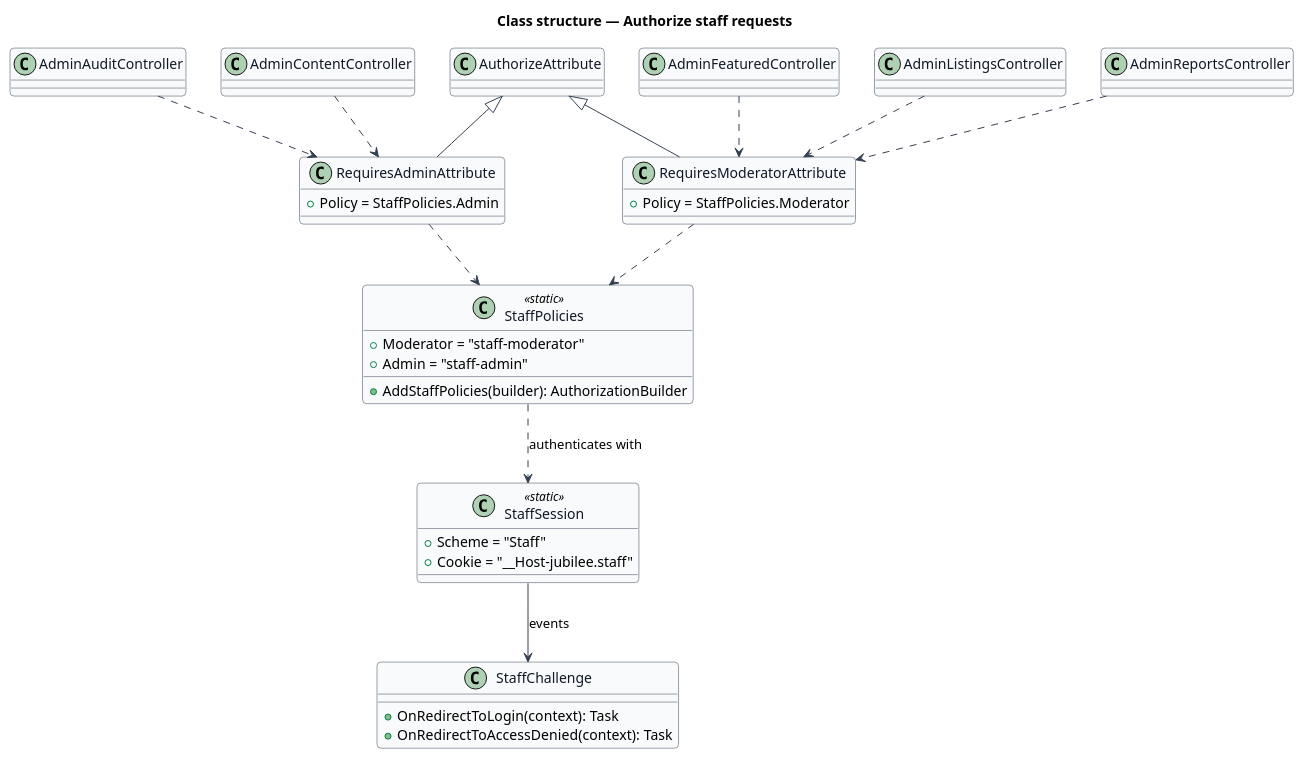
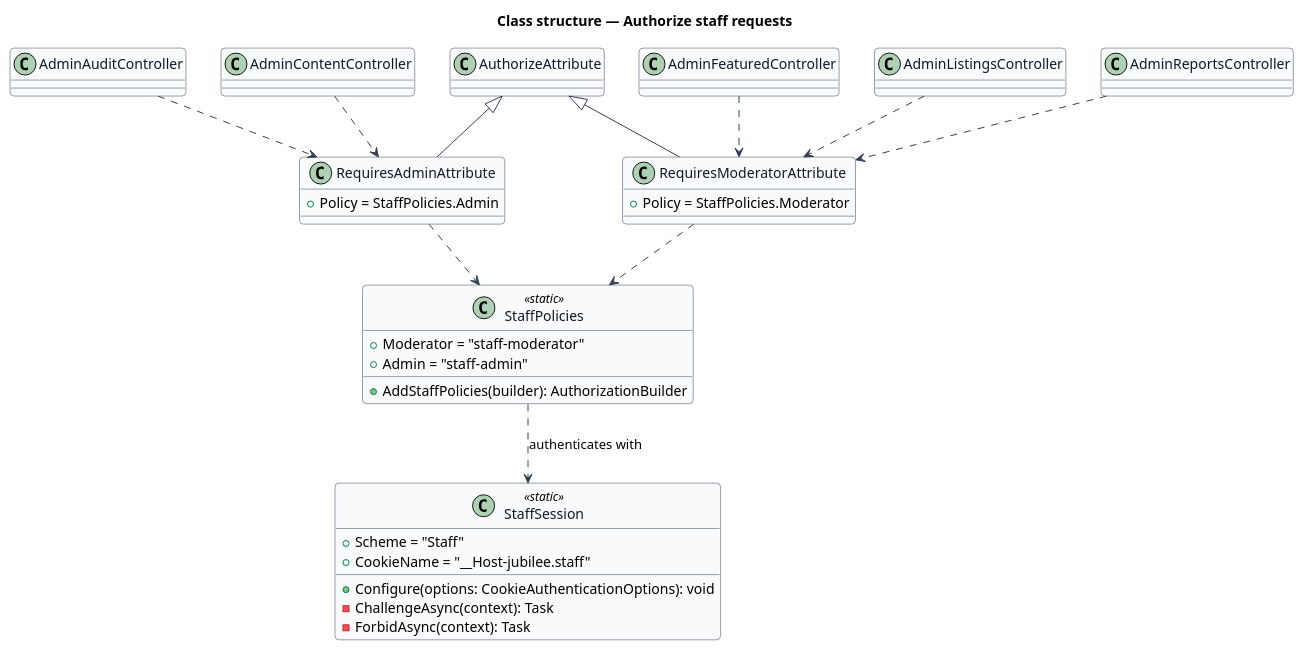
Before and after one commit to QuinntyneBrown/jubilee: the diagram in docs/detailed-designs/security/authorize-staff-requests/diagrams/class-structure.puml, drawn with PlantUML. The commit also changed 13 other files, not shown here.

Commit message:
Designs of journey 30 name the classes the code built: TryBindTo, StaffSession's challenge and forbid events, StaffNetworks.From, StaffSessionDto

```diff
--- a/docs/detailed-designs/security/authorize-staff-requests/diagrams/class-structure.puml
+++ b/docs/detailed-designs/security/authorize-staff-requests/diagrams/class-structure.puml
@@ -1,50 +1,48 @@
 @startuml
 skinparam backgroundColor #FFFFFF
 skinparam shadowing false
 skinparam roundcorner 8
 skinparam defaultFontName Arial
 skinparam ArrowColor #344054
 skinparam class {
   BorderColor #344054
   FontColor #101828
   BackgroundColor #F9FAFB
 }
 title Class structure — Authorize staff requests
 
 class StaffPolicies <<static>> {
   +Moderator = "staff-moderator"
   +Admin = "staff-admin"
   +AddStaffPolicies(builder): AuthorizationBuilder
 }
 class StaffSession <<static>> {
   +Scheme = "Staff"
-  +Cookie = "__Host-jubilee.staff"
+  +CookieName = "__Host-jubilee.staff"
+  +Configure(options: CookieAuthenticationOptions): void
+  -ChallengeAsync(context): Task
+  -ForbidAsync(context): Task
 }
 class RequiresModeratorAttribute {
   +Policy = StaffPolicies.Moderator
 }
 class RequiresAdminAttribute {
   +Policy = StaffPolicies.Admin
 }
 class AuthorizeAttribute
-class StaffChallenge {
-  +OnRedirectToLogin(context): Task
-  +OnRedirectToAccessDenied(context): Task
-}
 class AdminListingsController
 class AdminReportsController
 class AdminFeaturedController
 class AdminAuditController
 class AdminContentController
 AuthorizeAttribute <|-- RequiresModeratorAttribute
 AuthorizeAttribute <|-- RequiresAdminAttribute
 RequiresModeratorAttribute ..> StaffPolicies
 RequiresAdminAttribute ..> StaffPolicies
 StaffPolicies ..> StaffSession : authenticates with
-StaffSession --> StaffChallenge : events
 AdminListingsController ..> RequiresModeratorAttribute
 AdminReportsController ..> RequiresModeratorAttribute
 AdminFeaturedController ..> RequiresModeratorAttribute
 AdminAuditController ..> RequiresAdminAttribute
 AdminContentController ..> RequiresAdminAttribute
 @enduml
```
